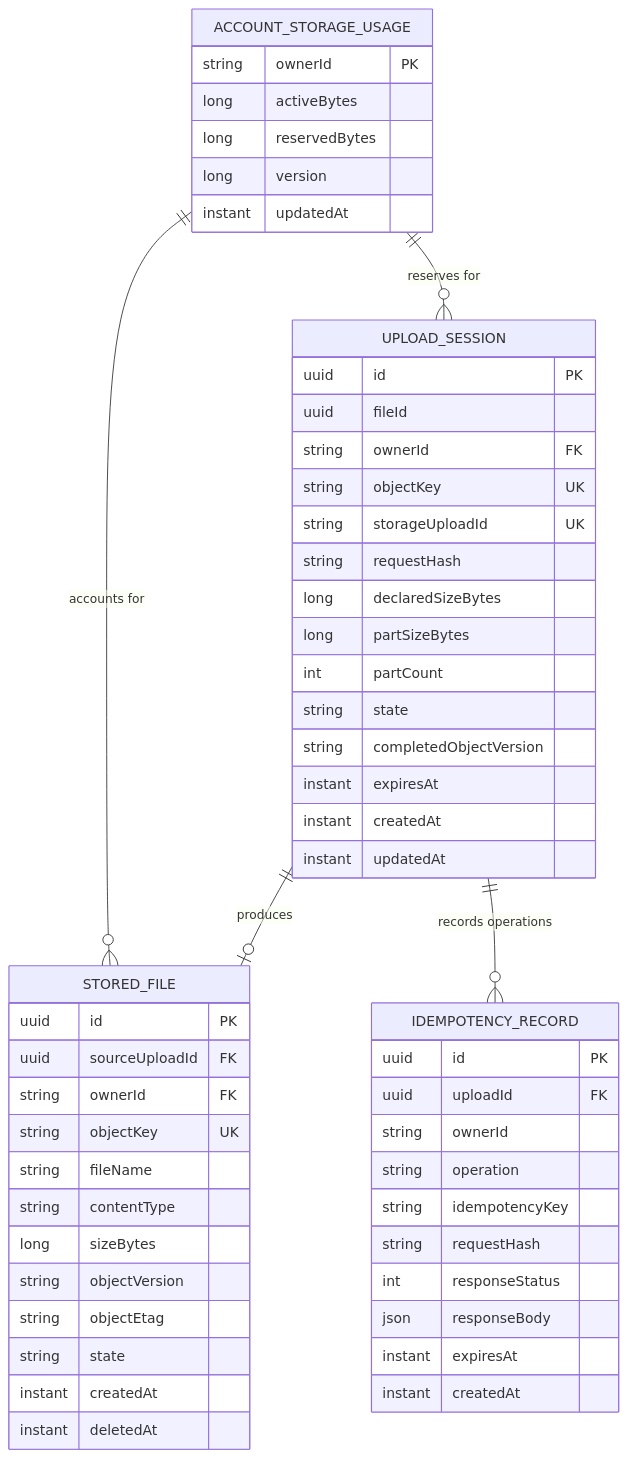
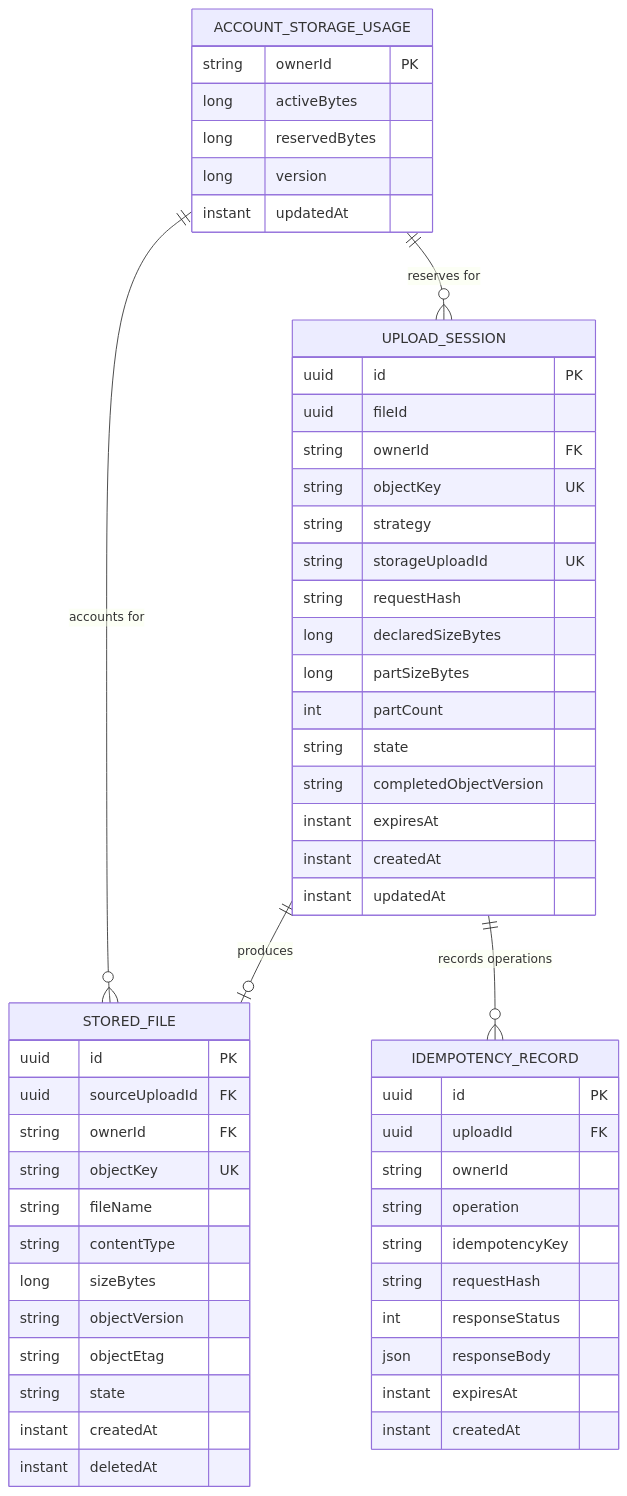
One commit to hoangtuyen04work/Fluxio changed the diagram in openspec/changes/optimize-transfer-performance/contracts/data-model.md. Above: the diagram before and after it, drawn with Mermaid. The commit also changed other lines of this file and 49 other files, not shown here.

````diff
--- a/openspec/changes/optimize-transfer-performance/contracts/data-model.md
+++ b/openspec/changes/optimize-transfer-performance/contracts/data-model.md
@@ -8,57 +8,58 @@
 ```mermaid
 erDiagram
     ACCOUNT_STORAGE_USAGE ||--o{ STORED_FILE : "accounts for"
     ACCOUNT_STORAGE_USAGE ||--o{ UPLOAD_SESSION : "reserves for"
     UPLOAD_SESSION ||--o| STORED_FILE : "produces"
     UPLOAD_SESSION ||--o{ IDEMPOTENCY_RECORD : "records operations"
 
     ACCOUNT_STORAGE_USAGE {
         string ownerId PK
         long activeBytes
         long reservedBytes
         long version
         instant updatedAt
     }
     STORED_FILE {
         uuid id PK
         uuid sourceUploadId FK
         string ownerId FK
         string objectKey UK
         string fileName
         string contentType
         long sizeBytes
         string objectVersion
         string objectEtag
         string state
         instant createdAt
         instant deletedAt
     }
     UPLOAD_SESSION {
         uuid id PK
         uuid fileId
         string ownerId FK
         string objectKey UK
+        string strategy
         string storageUploadId UK
         string requestHash
         long declaredSizeBytes
         long partSizeBytes
         int partCount
         string state
         string completedObjectVersion
         instant expiresAt
         instant createdAt
         instant updatedAt
     }
     IDEMPOTENCY_RECORD {
         uuid id PK
         uuid uploadId FK
         string ownerId
         string operation
         string idempotencyKey
         string requestHash
         int responseStatus
         json responseBody
         instant expiresAt
         instant createdAt
     }
 ```
````
